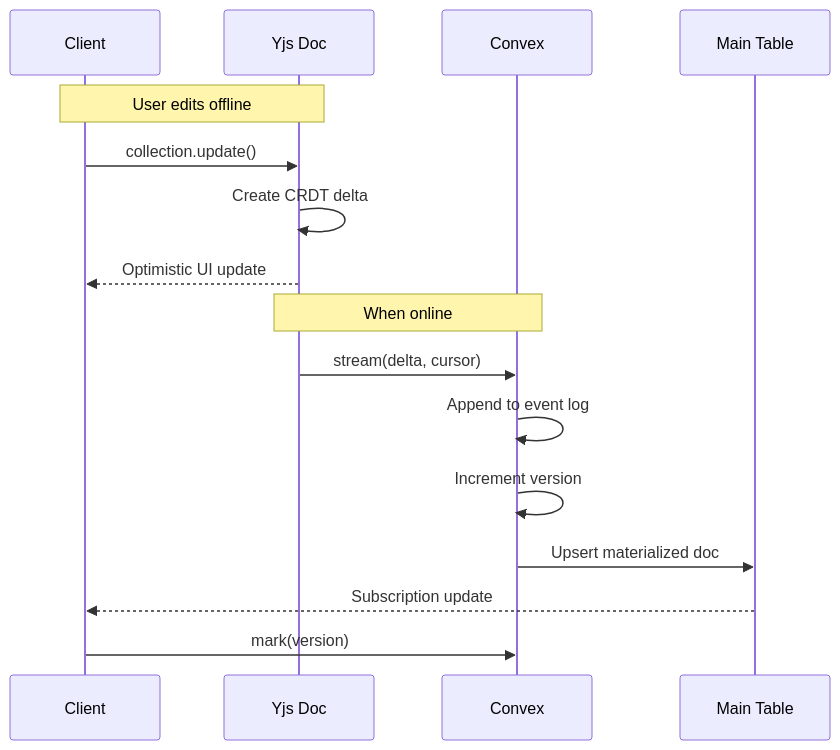
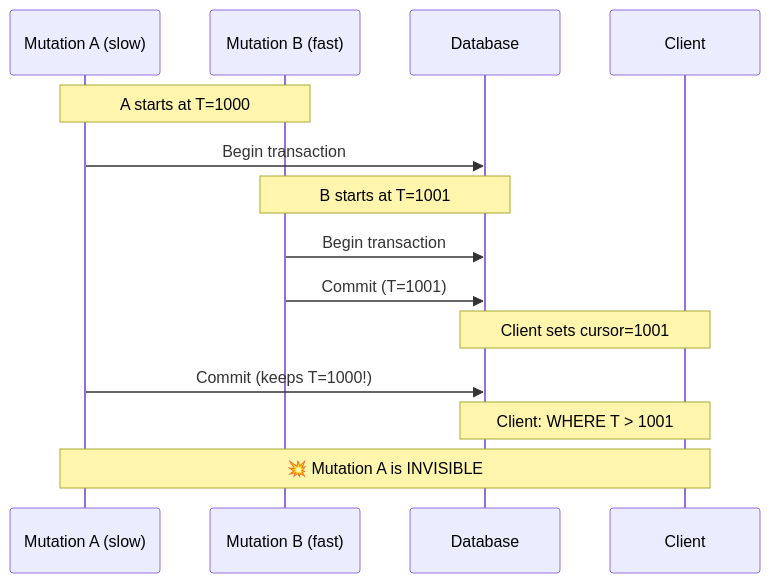
The ninth of 12 diagrams in journal/2025-12-25-replicate-local-first.md (robelest/robelest), drawn with Mermaid before and after one commit. The commit also changed other lines of this file, not shown here.

First line of the commit message:
rewrite: replicate journal as first-person narrative with improved flow

````diff
--- a/journal/2025-12-25-replicate-local-first.md
+++ b/journal/2025-12-25-replicate-local-first.md
@@ -1367,20 +838,17 @@
 ```mermaid
 sequenceDiagram
+    participant MA as Mutation A (slow)
+    participant MB as Mutation B (fast)
+    participant DB as Database
     participant C as Client
-    participant Y as Yjs Doc
-    participant S as Convex
-    participant T as Main Table
-
-    Note over C,Y: User edits offline
-    C->>Y: collection.update()
-    Y->>Y: Create CRDT delta
-    Y-->>C: Optimistic UI update
-
-    Note over Y,S: When online
-    Y->>S: stream(delta, cursor)
-    S->>S: Append to event log
-    S->>S: Increment version
-    S->>T: Upsert materialized doc
-    T-->>C: Subscription update
-    C->>S: mark(version)
+    
+    Note over MA,MB: A starts at T=1000
+    MA->>DB: Begin transaction
+    Note over MB,DB: B starts at T=1001
+    MB->>DB: Begin transaction
+    MB->>DB: Commit (T=1001)
+    Note over DB,C: Client sets cursor=1001
+    MA->>DB: Commit (keeps T=1000!)
+    Note over DB,C: Client: WHERE T > 1001
+    Note over MA,C: 💥 Mutation A is INVISIBLE
 ```
````
